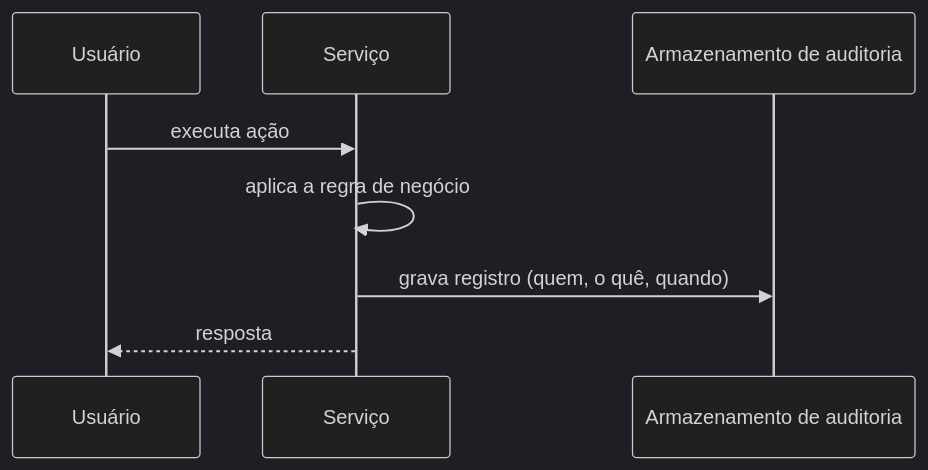
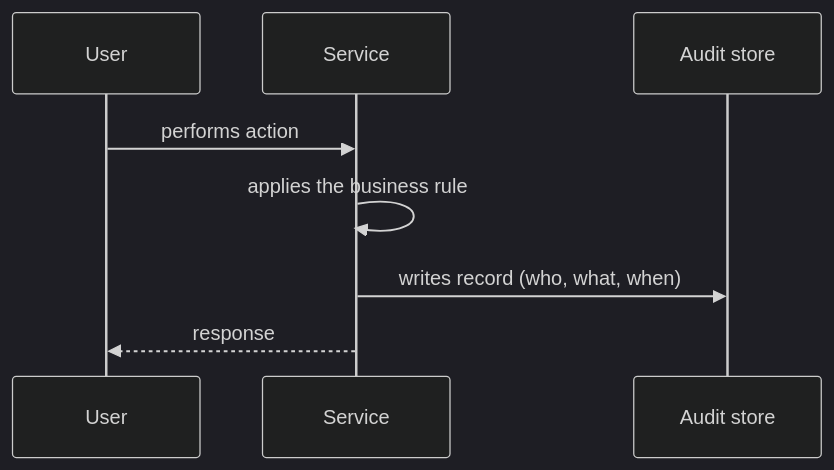
The diagram in docs/architecture/microservices/observability/audit-logging.md (alancesar/design-patterns), drawn with Mermaid (dark theme) before and after one commit. The commit also changed 258 other files, not shown here.

First line of the commit message:
Translate Mermaid diagrams to English

````diff
--- a/docs/architecture/microservices/observability/audit-logging.md
+++ b/docs/architecture/microservices/observability/audit-logging.md
@@ -51,10 +51,10 @@
 ```mermaid
 sequenceDiagram
-    participant U as Usuário
-    participant S as Serviço
-    participant A as Armazenamento de auditoria
-    U->>S: executa ação
-    S->>S: aplica a regra de negócio
-    S->>A: grava registro (quem, o quê, quando)
-    S-->>U: resposta
+    participant U as User
+    participant S as Service
+    participant A as Audit store
+    U->>S: performs action
+    S->>S: applies the business rule
+    S->>A: writes record (who, what, when)
+    S-->>U: response
 ```
````
